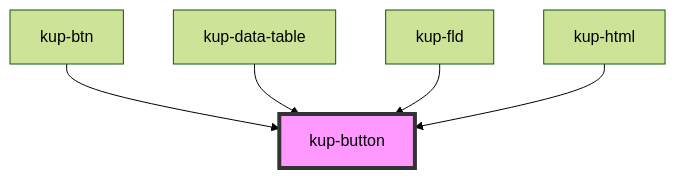
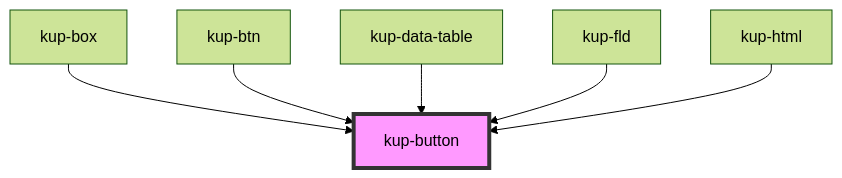
The diagram in packages/ketchup/src/components/kup-button/readme.md (smeup/ketchup), drawn with Mermaid (forest theme) before and after one commit. The commit also changed other lines of this file and 11 other files, not shown here.

Commit message:
Updated readmes. Fixed index.html. Migrated kup-box, kup-gauge, kup-image.

````diff
--- a/packages/ketchup/src/components/kup-button/readme.md
+++ b/packages/ketchup/src/components/kup-button/readme.md
@@ -69,8 +70,9 @@
 ```mermaid
 graph TD;
+  kup-box --> kup-button
   kup-btn --> kup-button
   kup-data-table --> kup-button
   kup-fld --> kup-button
   kup-html --> kup-button
   style kup-button fill:#f9f,stroke:#333,stroke-width:4px
 ```
````
